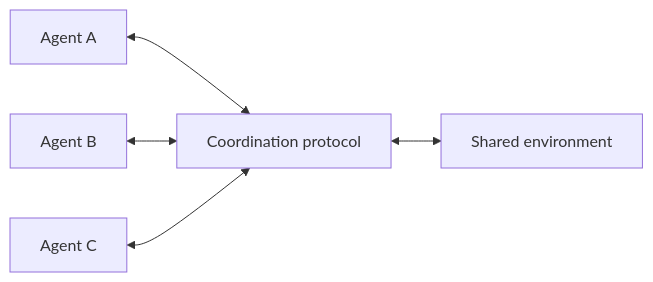
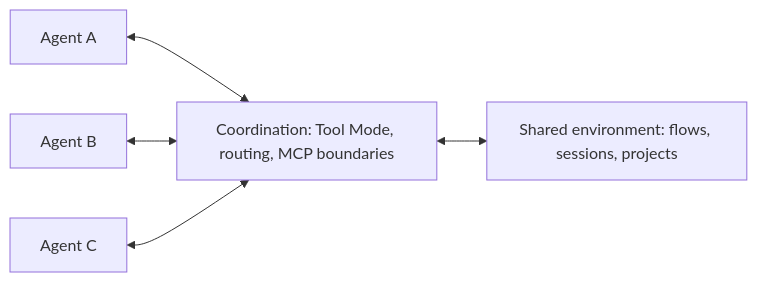
Before and after one commit to naren-allam/agents-beginners: the second of 12 diagrams in book/chapters/chapter-03-multi-agent-systems-and-collaboration.md, drawn with Mermaid. The commit also changed other lines of this file and 28 other files, not shown here.

````diff
--- a/book/chapters/chapter-03-multi-agent-systems-and-collaboration.md
+++ b/book/chapters/chapter-03-multi-agent-systems-and-collaboration.md
@@ -38,13 +40,13 @@
 ```mermaid
 flowchart LR
-    Environment["Shared environment"]
+    Environment["Shared environment: flows, sessions, projects"]
     AgentA["Agent A"]
     AgentB["Agent B"]
     AgentC["Agent C"]
-    Protocol["Coordination protocol"]
+    Protocol["Coordination: Tool Mode, routing, MCP boundaries"]
 
     AgentA <--> Protocol
     AgentB <--> Protocol
     AgentC <--> Protocol
     Protocol <--> Environment
 ```
````
